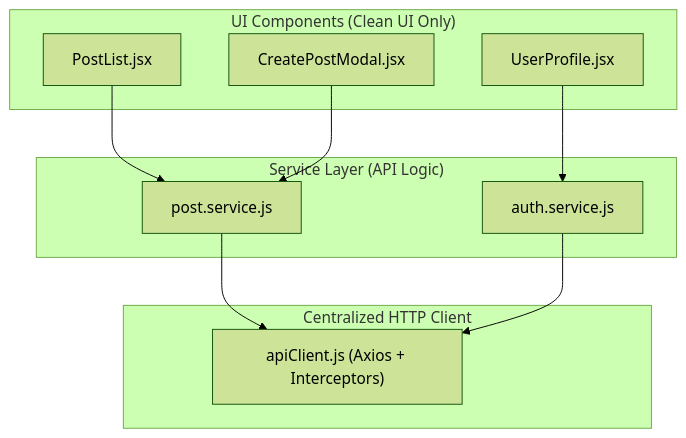
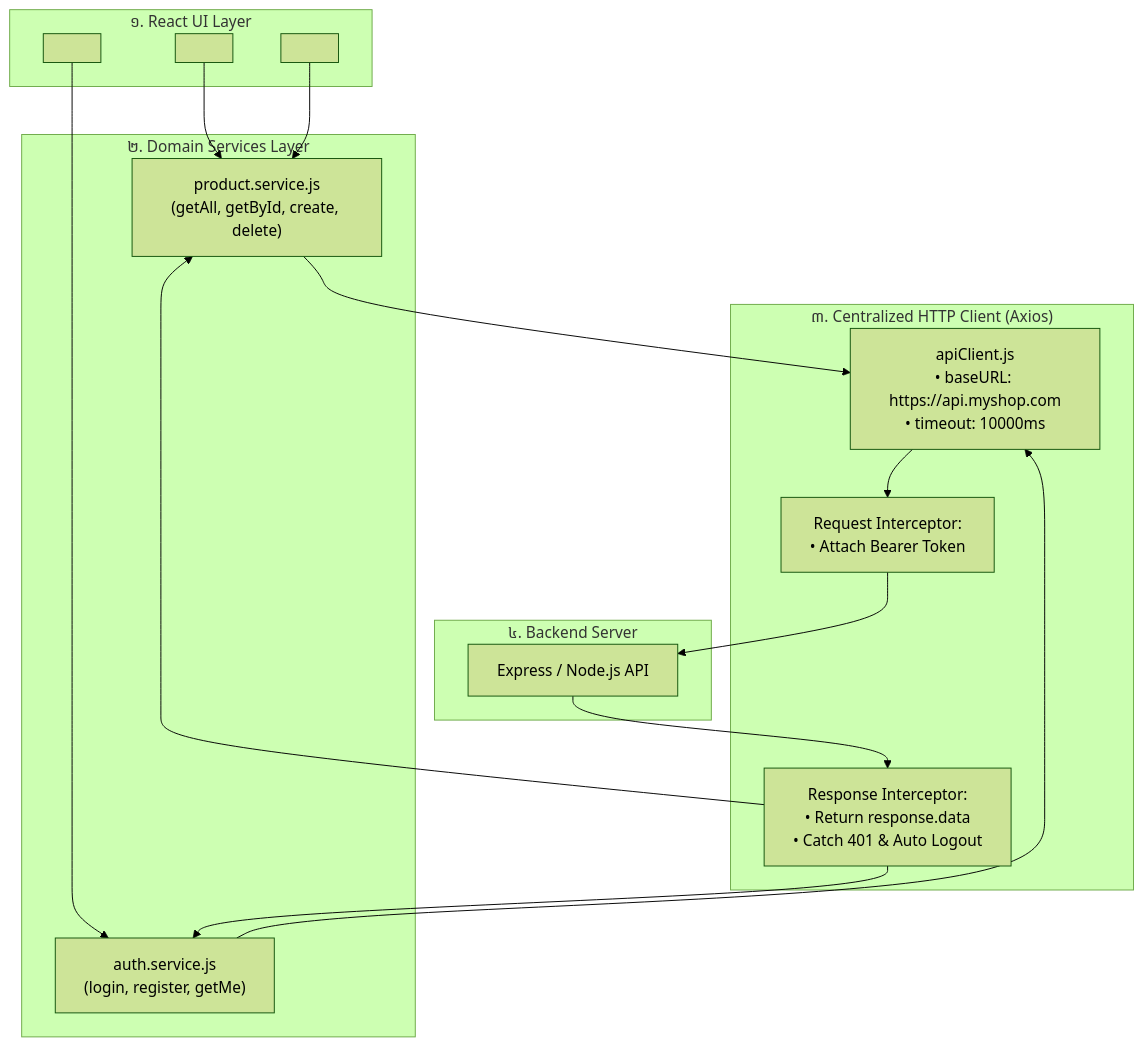
The diagram in src/courses/react/module-13-api-integration/02-axios-service-layer.mdx (Ari-ICU/full-stack-short-coures), drawn with Mermaid (forest theme) before and after one commit. The commit also changed other lines of this file and 26 other files, not shown here.

````diff
--- a/src/courses/react/module-13-api-integration/02-axios-service-layer.mdx
+++ b/src/courses/react/module-13-api-integration/02-axios-service-layer.mdx
@@ -24,23 +43,29 @@
 ```mermaid
-graph TD
-    subgraph UIComponents["UI Components (Clean UI Only)"]
-        C1["PostList.jsx"]
-        C2["CreatePostModal.jsx"]
-        C3["UserProfile.jsx"]
+flowchart TD
+    subgraph UI_Layer["១. React UI Layer"]
+        C1["<ProductCatalog />"]
+        C2["<CreateProductModal />"]
+        C3["<UserProfile />"]
     end
 
-    subgraph ServiceLayer["Service Layer (API Logic)"]
-        S1["post.service.js"]
-        S2["auth.service.js"]
+    subgraph Service_Layer["២. Domain Services Layer"]
+        S1["product.service.js\n(getAll, getById, create, delete)"]
+        S2["auth.service.js\n(login, register, getMe)"]
     end
 
-    subgraph CoreClient["Centralized HTTP Client"]
-        AX["apiClient.js (Axios + Interceptors)"]
+    subgraph Client_Layer["៣. Centralized HTTP Client (Axios)"]
+        AX["apiClient.js\n• baseURL: https://api.myshop.com\n• timeout: 10000ms"]
+        REQ["Request Interceptor:\n• Attach Bearer Token"]
+        RES["Response Interceptor:\n• Return response.data\n• Catch 401 & Auto Logout"]
     end
 
-    C1 --> S1
-    C2 --> S1
+    subgraph Backend_Layer["៤. Backend Server"]
+        BE["Express / Node.js API"]
+    end
+
+    C1 & C2 --> S1
     C3 --> S2
-    S1 --> AX
-    S2 --> AX
+    S1 & S2 --> AX
+    AX --> REQ --> BE
+    BE --> RES --> S1 & S2
 ```
````
